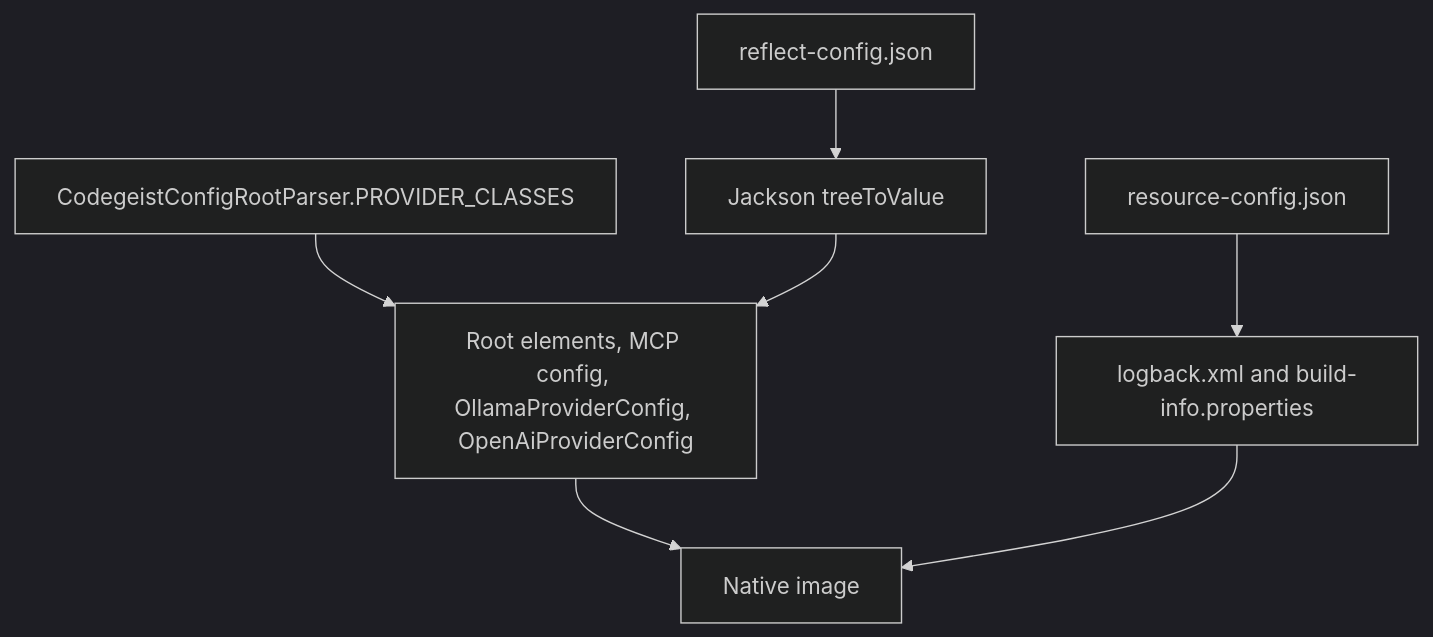
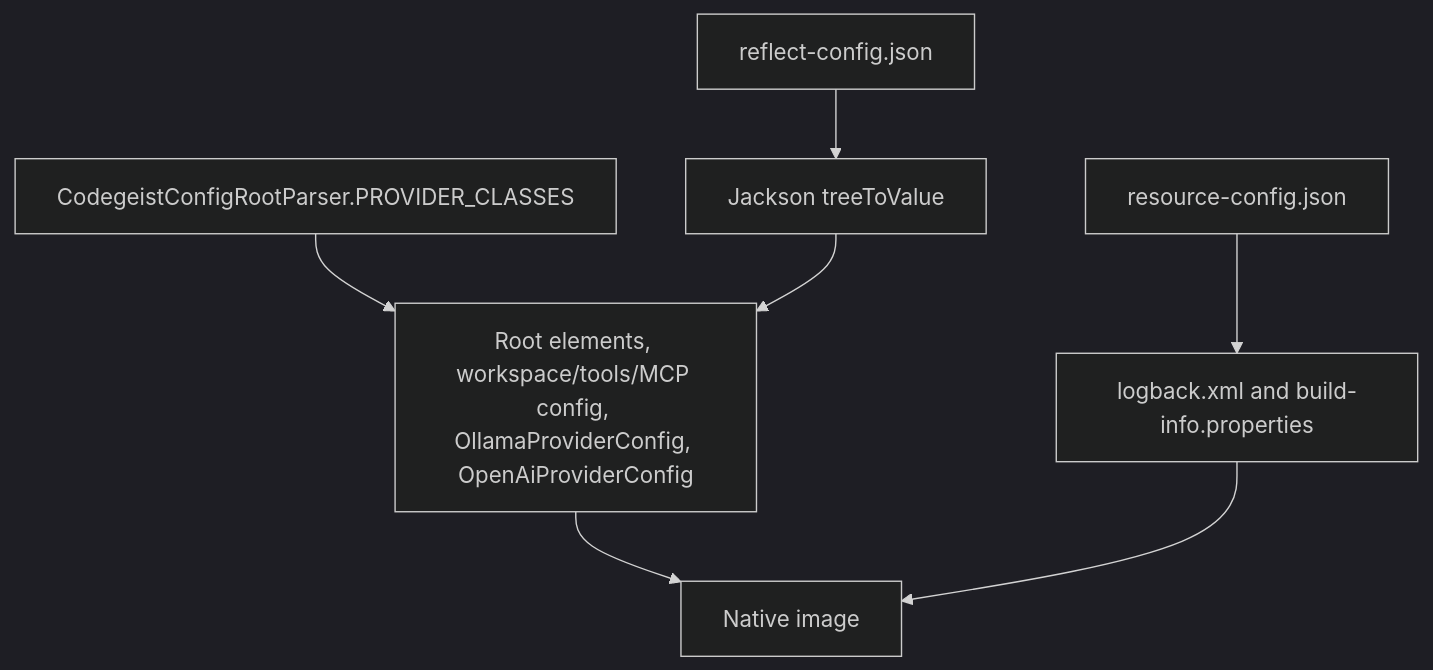
The sixth of 7 diagrams in docs/developer/architecture/provider-configuration.md (codegeist-ai/codegeist), drawn with Mermaid (dark theme) before and after one commit. The commit also changed other lines of this file and 61 other files, not shown here.

````diff
--- a/docs/developer/architecture/provider-configuration.md
+++ b/docs/developer/architecture/provider-configuration.md
@@ -585,17 +646,17 @@
 ```mermaid
 flowchart TD
     Registry[CodegeistConfigRootParser.PROVIDER_CLASSES]
-    ProviderClasses[Root elements, MCP config, OllamaProviderConfig, OpenAiProviderConfig]
+    ProviderClasses[Root elements, workspace/tools/MCP config, OllamaProviderConfig, OpenAiProviderConfig]
     Reflect[reflect-config.json]
     Jackson[Jackson treeToValue]
     Resources[resource-config.json]
     RuntimeFiles[logback.xml and build-info.properties]
     Native[Native image]
 
     Registry --> ProviderClasses
     ProviderClasses --> Native
     Reflect --> Jackson
     Jackson --> ProviderClasses
     Resources --> RuntimeFiles
     RuntimeFiles --> Native
 ```
````
